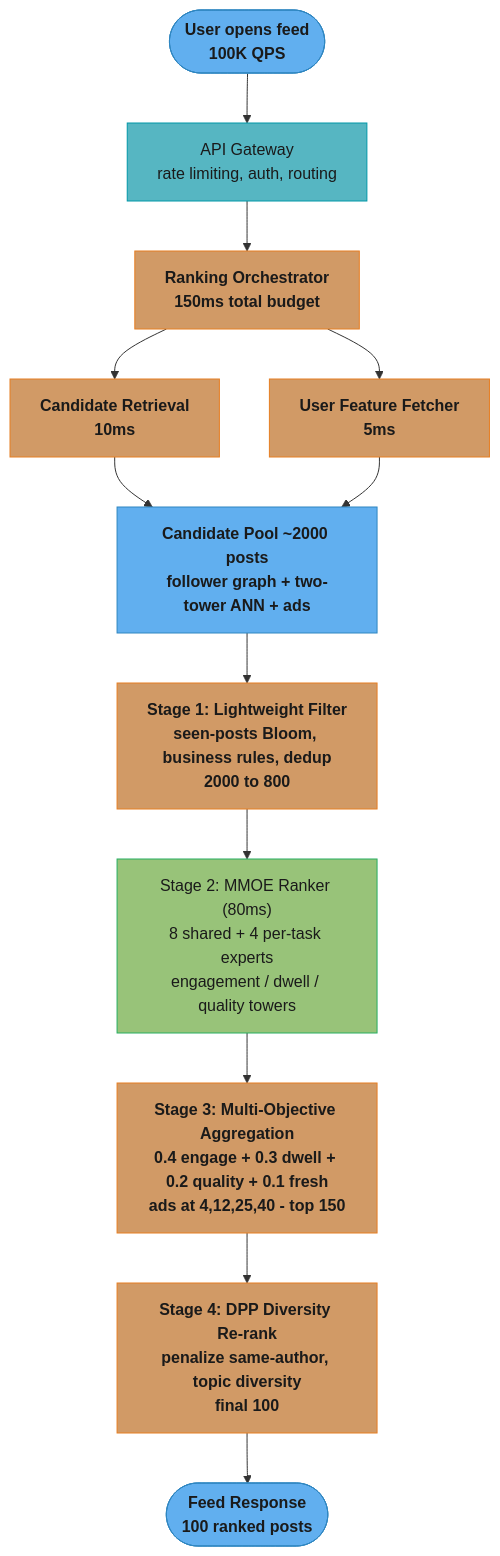
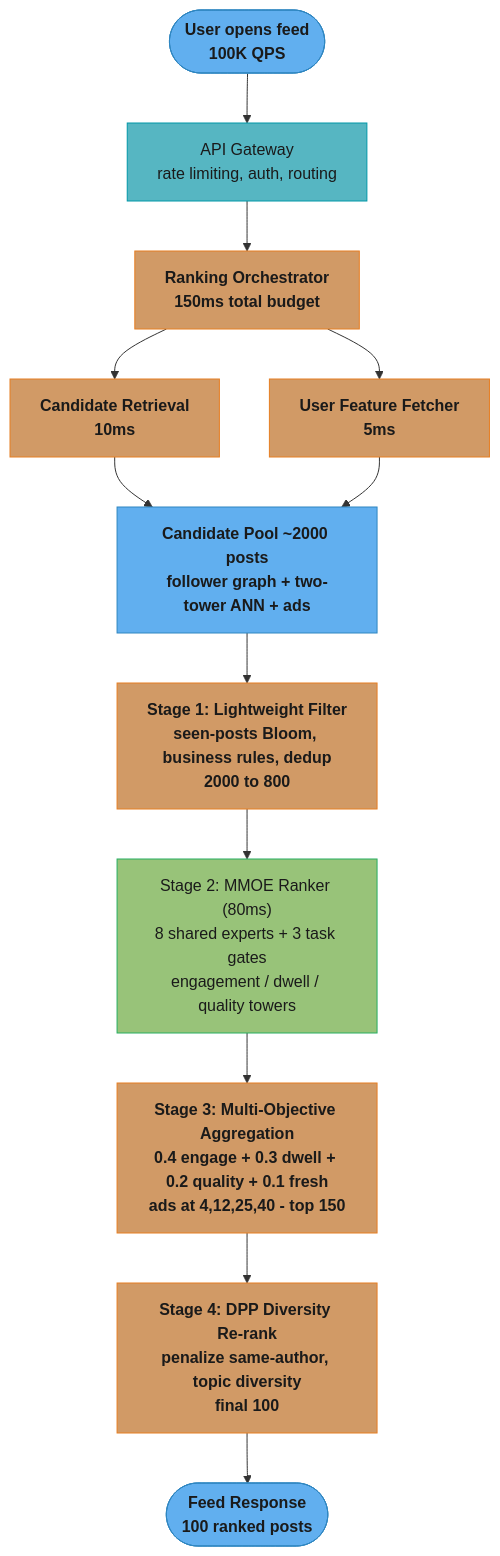
Before and after one commit to rppol/system-design: the first of 3 diagrams in src/main/java/com/rutik/systemdesign/ml/case_studies/design_content_feed_ranking.md, drawn with Mermaid. The commit also changed other lines of this file and 114 other files, not shown here.

````diff
--- a/src/main/java/com/rutik/systemdesign/ml/case_studies/design_content_feed_ranking.md
+++ b/src/main/java/com/rutik/systemdesign/ml/case_studies/design_content_feed_ranking.md
@@ -36,34 +36,34 @@
 ```mermaid
 flowchart TD
     classDef io      fill:#61afef,stroke:#2e86c1,color:#1a1a1a,font-weight:bold
     classDef frozen  fill:#c678dd,stroke:#9b59b6,color:#fff
     classDef train   fill:#98c379,stroke:#27ae60,color:#1a1a1a
     classDef mathOp  fill:#d19a66,stroke:#e67e22,color:#1a1a1a,font-weight:bold
     classDef lossN   fill:#e06c75,stroke:#c0392b,color:#fff,font-weight:bold
     classDef req     fill:#56b6c2,stroke:#0097a7,color:#1a1a1a
     classDef base    fill:#e5c07b,stroke:#f39c12,color:#1a1a1a
 
     user(["User opens feed\n100K QPS"])
     gw["API Gateway\nrate limiting, auth, routing"]
     orch["Ranking Orchestrator\n150ms total budget"]
     cand["Candidate Retrieval\n10ms"]
     uf["User Feature Fetcher\n5ms"]
     pool["Candidate Pool ~2000 posts\nfollower graph + two-tower ANN + ads"]
     s1["Stage 1: Lightweight Filter\nseen-posts Bloom, business rules, dedup\n2000 to 800"]
-    s2["Stage 2: MMOE Ranker (80ms)\n8 shared + 4 per-task experts\nengagement / dwell / quality towers"]
+    s2["Stage 2: MMOE Ranker (80ms)\n8 shared experts + 3 task gates\nengagement / dwell / quality towers"]
     s3["Stage 3: Multi-Objective Aggregation\n0.4 engage + 0.3 dwell + 0.2 quality + 0.1 fresh\nads at 4,12,25,40 - top 150"]
     s4["Stage 4: DPP Diversity Re-rank\npenalize same-author, topic diversity\nfinal 100"]
     resp(["Feed Response\n100 ranked posts"])
 
     user --> gw --> orch
     orch --> cand
     orch --> uf
     cand --> pool
     uf --> pool
     pool --> s1 --> s2 --> s3 --> s4 --> resp
 
     class user,pool,resp io
     class gw req
     class orch,cand,uf,s1,s3,s4 mathOp
     class s2 train
 ```
````
